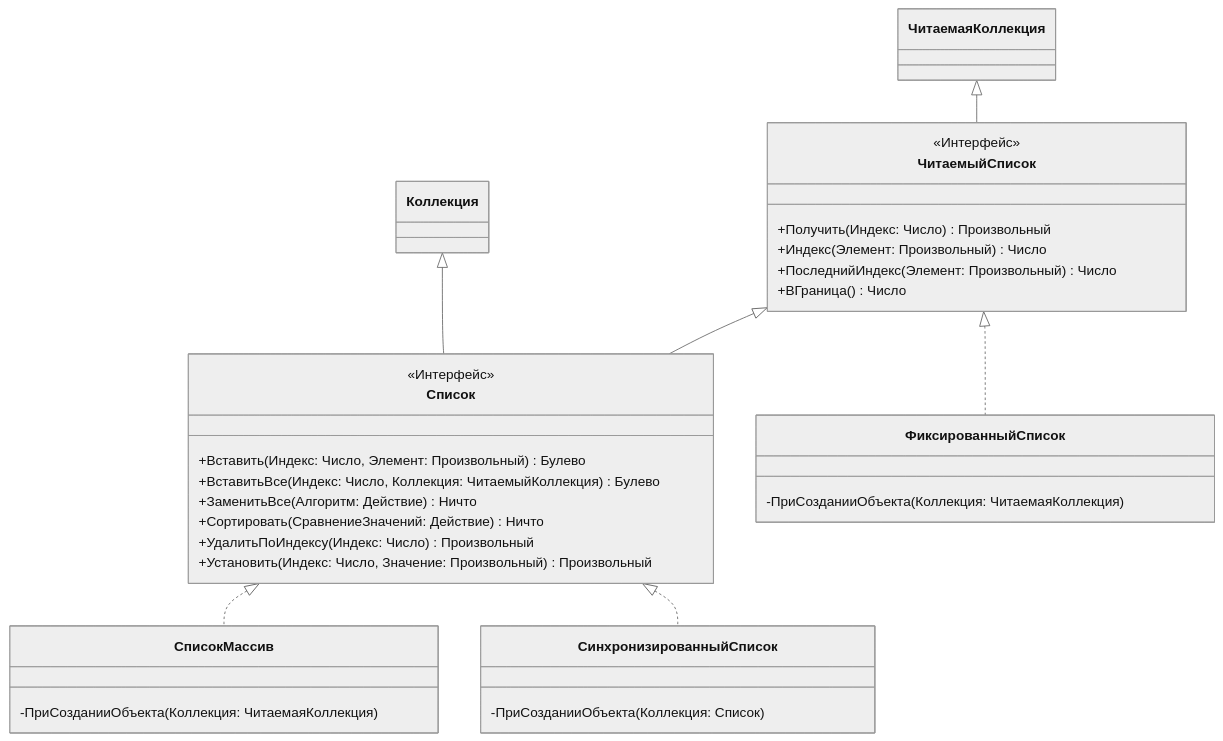
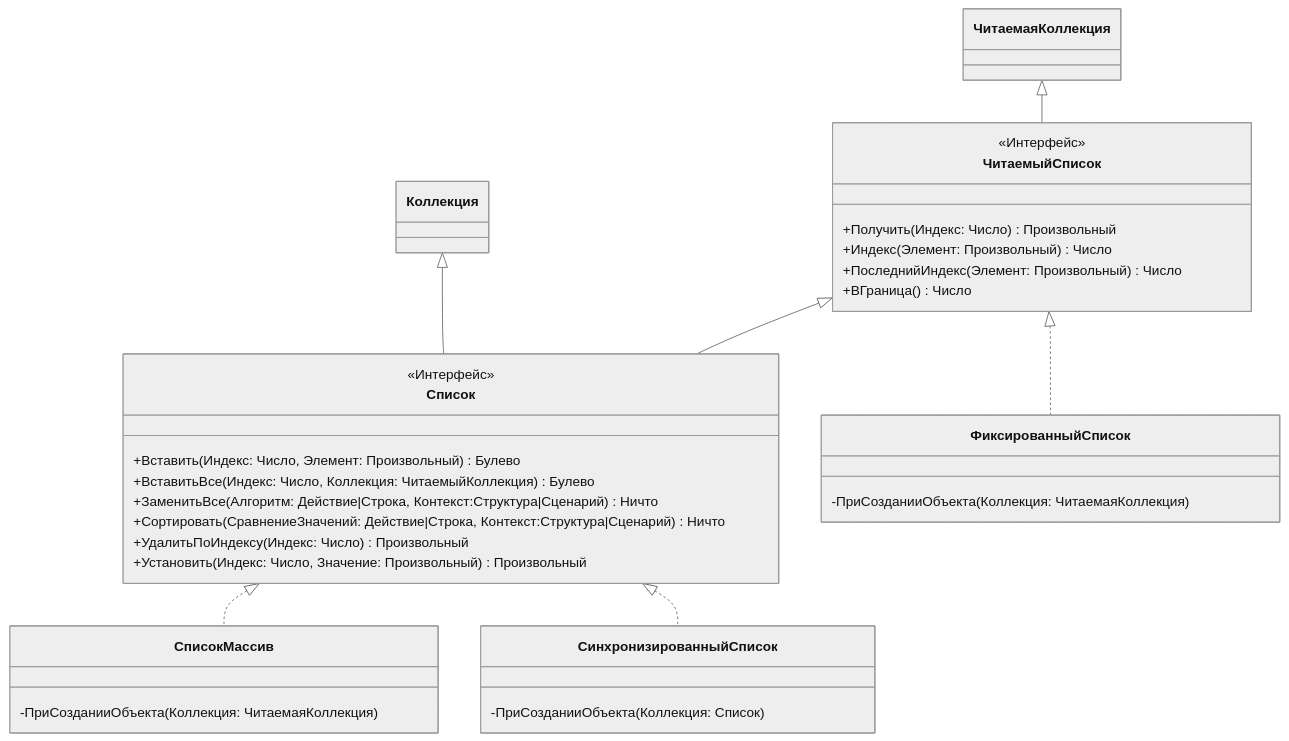
The third of 6 diagrams in README.md (sfaqer/collectionos), drawn with Mermaid (neutral theme) before and after one commit. The commit also changed other lines of this file and 2 other files, not shown here.

````diff
--- a/README.md
+++ b/README.md
@@ -120,42 +120,42 @@
 ```mermaid
 classDiagram
 
 ЧитаемаяКоллекция <|-- ЧитаемыйСписок
 Коллекция <|-- Список
 ЧитаемыйСписок <|-- Список
 ЧитаемыйСписок <|.. ФиксированныйСписок
 
 Список <|.. СписокМассив
 Список <|.. СинхронизированныйСписок
 
 class ЧитаемыйСписок {
     <<Интерфейс>>
     +Получить(Индекс: Число) Произвольный
     +Индекс(Элемент: Произвольный) Число
     +ПоследнийИндекс(Элемент: Произвольный) Число
     +ВГраница() Число
 }
 
 class Список {
     <<Интерфейс>>
     +Вставить(Индекс: Число, Элемент: Произвольный) Булево
     +ВставитьВсе(Индекс: Число, Коллекция: ЧитаемыйКоллекция) Булево
-    +ЗаменитьВсе(Алгоритм: Действие) Ничто
-    +Сортировать(СравнениеЗначений: Действие) Ничто
+    +ЗаменитьВсе(Алгоритм: Действие|Строка, Контекст:Структура|Сценарий) Ничто
+    +Сортировать(СравнениеЗначений: Действие|Строка, Контекст:Структура|Сценарий) Ничто
     +УдалитьПоИндексу(Индекс: Число) Произвольный
     +Установить(Индекс: Число, Значение: Произвольный) Произвольный
 }
 
 class ФиксированныйСписок {
     -ПриСозданииОбъекта(Коллекция: ЧитаемаяКоллекция)
 }
 
 class СписокМассив {
     -ПриСозданииОбъекта(Коллекция: ЧитаемаяКоллекция)
 }
 
 class СинхронизированныйСписок {
     -ПриСозданииОбъекта(Коллекция: Список)
 }
 
 ```
````
